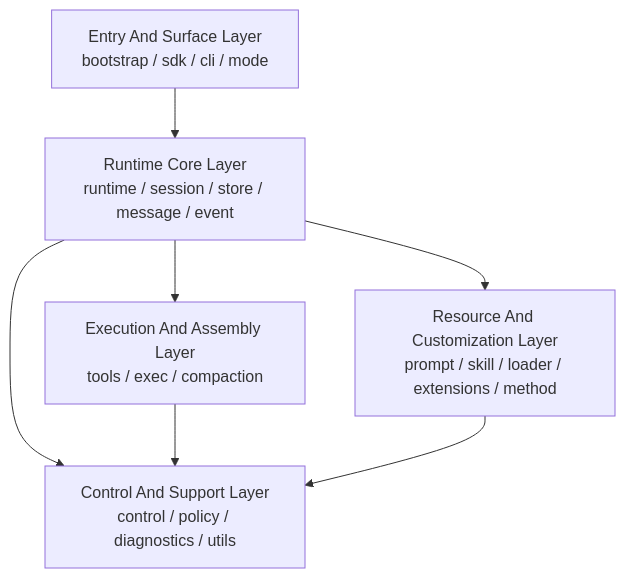
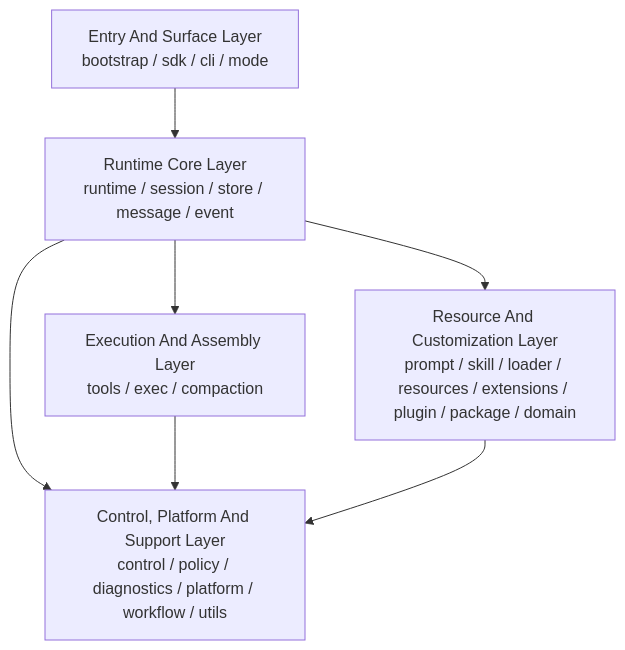
One commit to wrongbutworks/loushang changed the diagram in docs/internals/architecture/coding/loushang-coding-component-structure-and-responsibilities.md. Above: the diagram before and after it, drawn with Mermaid. The commit also changed other lines of this file and 58 other files, not shown here.

Commit message:
docs: align architecture documentation

````diff
--- a/docs/internals/architecture/coding/loushang-coding-component-structure-and-responsibilities.md
+++ b/docs/internals/architecture/coding/loushang-coding-component-structure-and-responsibilities.md
@@ -145,15 +155,15 @@
 ```mermaid
 flowchart TD
     ENTRY["Entry And Surface Layer\nbootstrap / sdk / cli / mode"]
     CORE["Runtime Core Layer\nruntime / session / store / message / event"]
     EXEC["Execution And Assembly Layer\ntools / exec / compaction"]
-    RESOURCE["Resource And Customization Layer\nprompt / skill / loader / extensions / method"]
-    CONTROL["Control And Support Layer\ncontrol / policy / diagnostics / utils"]
+    RESOURCE["Resource And Customization Layer\nprompt / skill / loader / resources / extensions / plugin / package / domain"]
+    CONTROL["Control, Platform And Support Layer\ncontrol / policy / diagnostics / platform / workflow / utils"]
 
     ENTRY --> CORE
     CORE --> EXEC
     CORE --> RESOURCE
     CORE --> CONTROL
     EXEC --> CONTROL
     RESOURCE --> CONTROL
 ```
````
